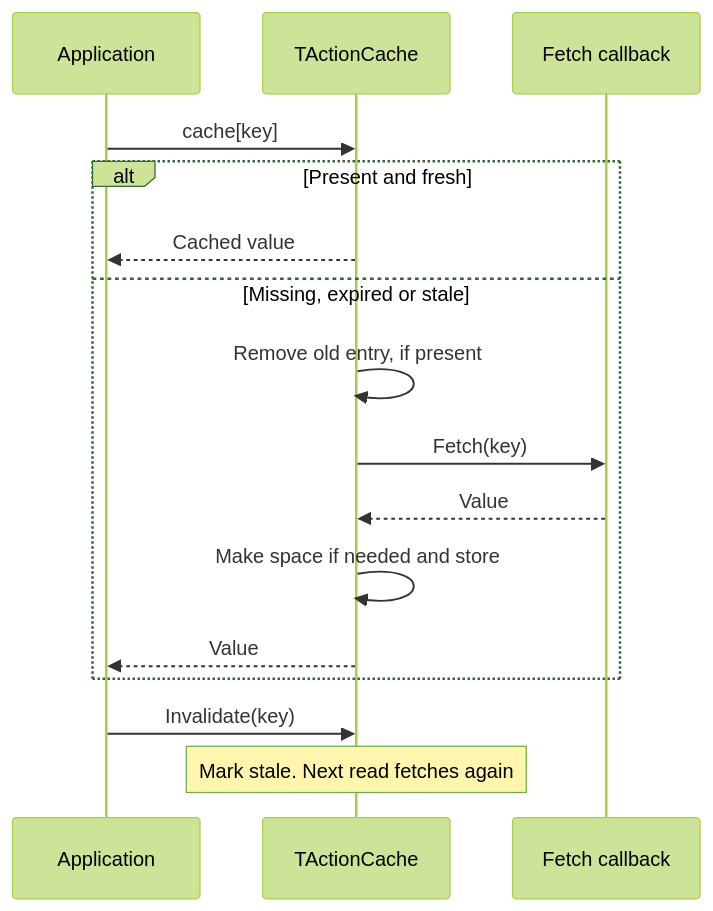
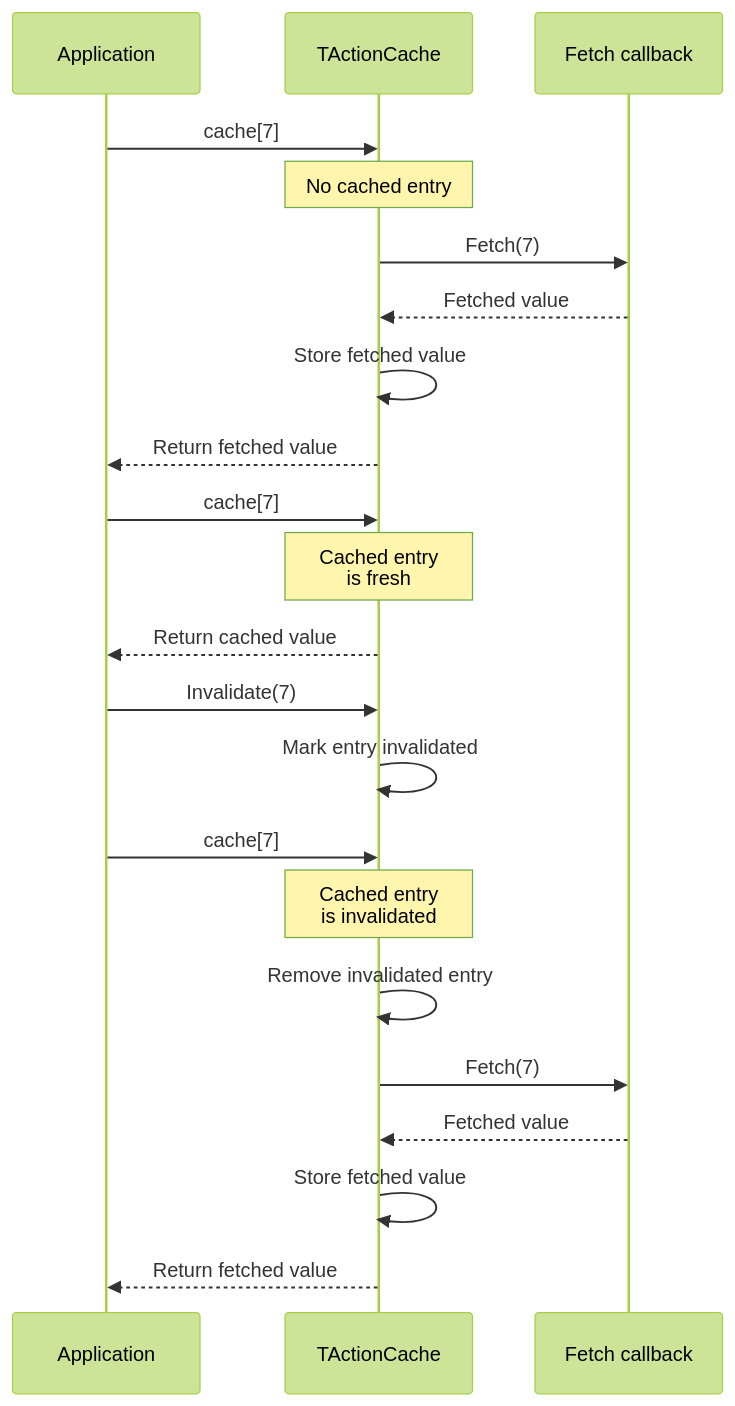
The second of 3 diagrams in README.md (HermanSchoenfeld/PascalFramework), drawn with Mermaid (forest theme) before and after one commit.

Commit message:
Correct the cache usage sequence diagram

````diff
--- a/README.md
+++ b/README.md
@@ -358,18 +358,24 @@
 ```mermaid
 sequenceDiagram
     participant App as Application
     participant Cache as TActionCache
     participant Source as Fetch callback
-    App->>Cache: cache[key]
-    alt Present and fresh
-        Cache-->>App: Cached value
-    else Missing, expired or stale
-        Cache->>Cache: Remove old entry, if present
-        Cache->>Source: Fetch(key)
-        Source-->>Cache: Value
-        Cache->>Cache: Make space if needed and store
-        Cache-->>App: Value
-    end
-    App->>Cache: Invalidate(key)
-    Note over Cache: Mark stale. Next read fetches again
+    App->>Cache: cache[7]
+    Note over Cache: No cached entry
+    Cache->>Source: Fetch(7)
+    Source-->>Cache: Fetched value
+    Cache->>Cache: Store fetched value
+    Cache-->>App: Return fetched value
+    App->>Cache: cache[7]
+    Note over Cache: Cached entry<br/>is fresh
+    Cache-->>App: Return cached value
+    App->>Cache: Invalidate(7)
+    Cache->>Cache: Mark entry invalidated
+    App->>Cache: cache[7]
+    Note over Cache: Cached entry<br/>is invalidated
+    Cache->>Cache: Remove invalidated entry
+    Cache->>Source: Fetch(7)
+    Source-->>Cache: Fetched value
+    Cache->>Cache: Store fetched value
+    Cache-->>App: Return fetched value
 ```
````
